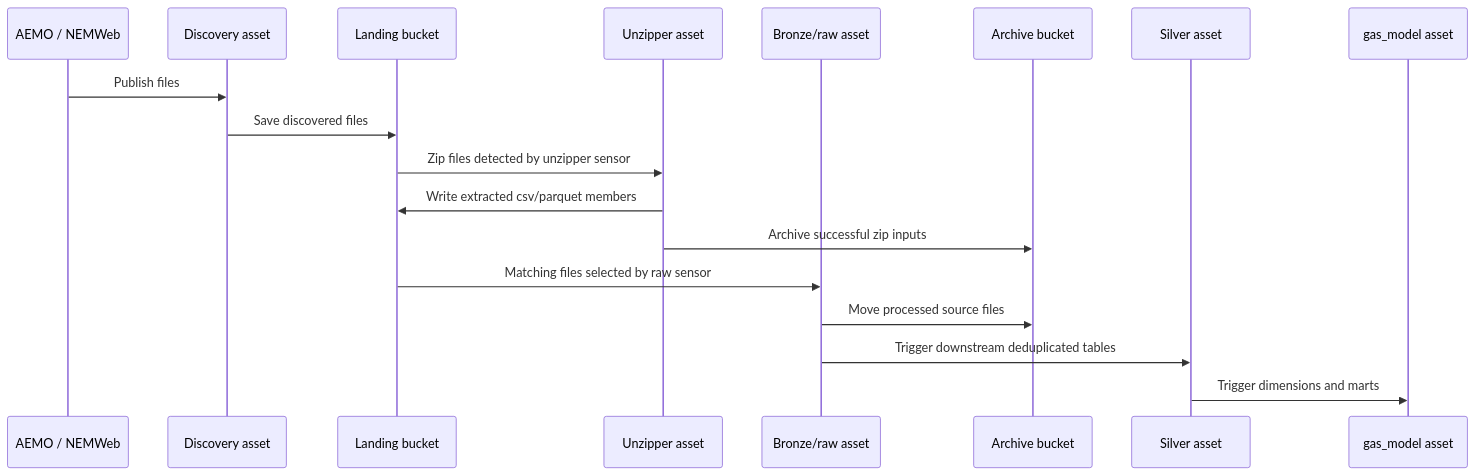
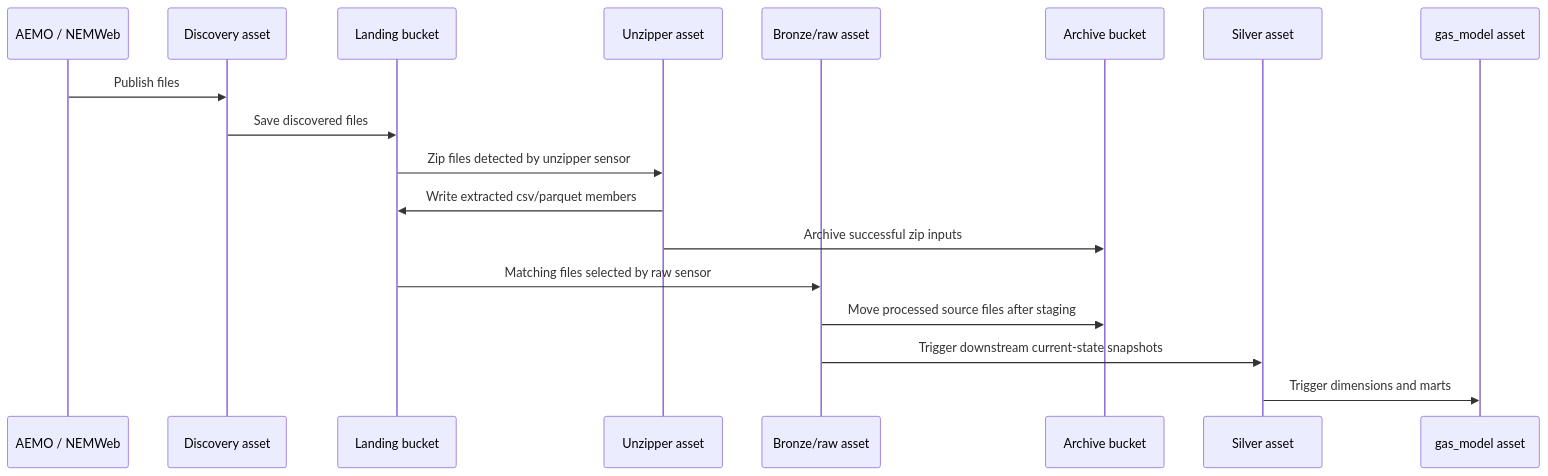
Before and after one commit to Chr1sC0de/energy-market-delta-lake: the third of 3 diagrams in backend-services/dagster-user/aemo-etl/README.md, drawn with Mermaid. The commit also changed other lines of this file and 10 other files, not shown here.

Commit message:
Implement issue #39: Add current-state bronze merge behavior for source-table assets

````diff
--- a/backend-services/dagster-user/aemo-etl/README.md
+++ b/backend-services/dagster-user/aemo-etl/README.md
@@ -118,21 +118,21 @@
 ```mermaid
 sequenceDiagram
     participant Source as AEMO / NEMWeb
     participant Discover as Discovery asset
     participant Landing as Landing bucket
     participant Unzip as Unzipper asset
     participant Raw as Bronze/raw asset
     participant Archive as Archive bucket
     participant Silver as Silver asset
     participant GasModel as gas_model asset
 
     Source->>Discover: Publish files
     Discover->>Landing: Save discovered files
     Landing->>Unzip: Zip files detected by unzipper sensor
     Unzip->>Landing: Write extracted csv/parquet members
     Unzip->>Archive: Archive successful zip inputs
     Landing->>Raw: Matching files selected by raw sensor
-    Raw->>Archive: Move processed source files
-    Raw->>Silver: Trigger downstream deduplicated tables
+    Raw->>Archive: Move processed source files after staging
+    Raw->>Silver: Trigger downstream current-state snapshots
     Silver->>GasModel: Trigger dimensions and marts
 ```
````
